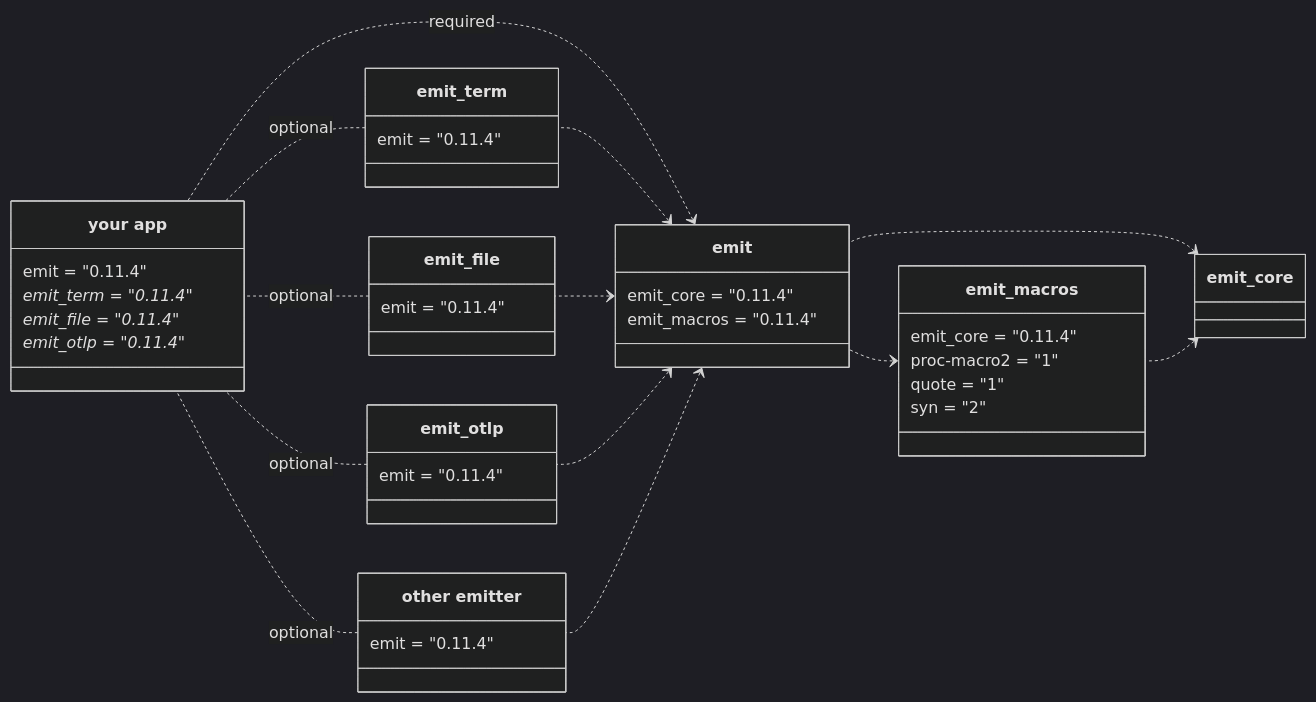
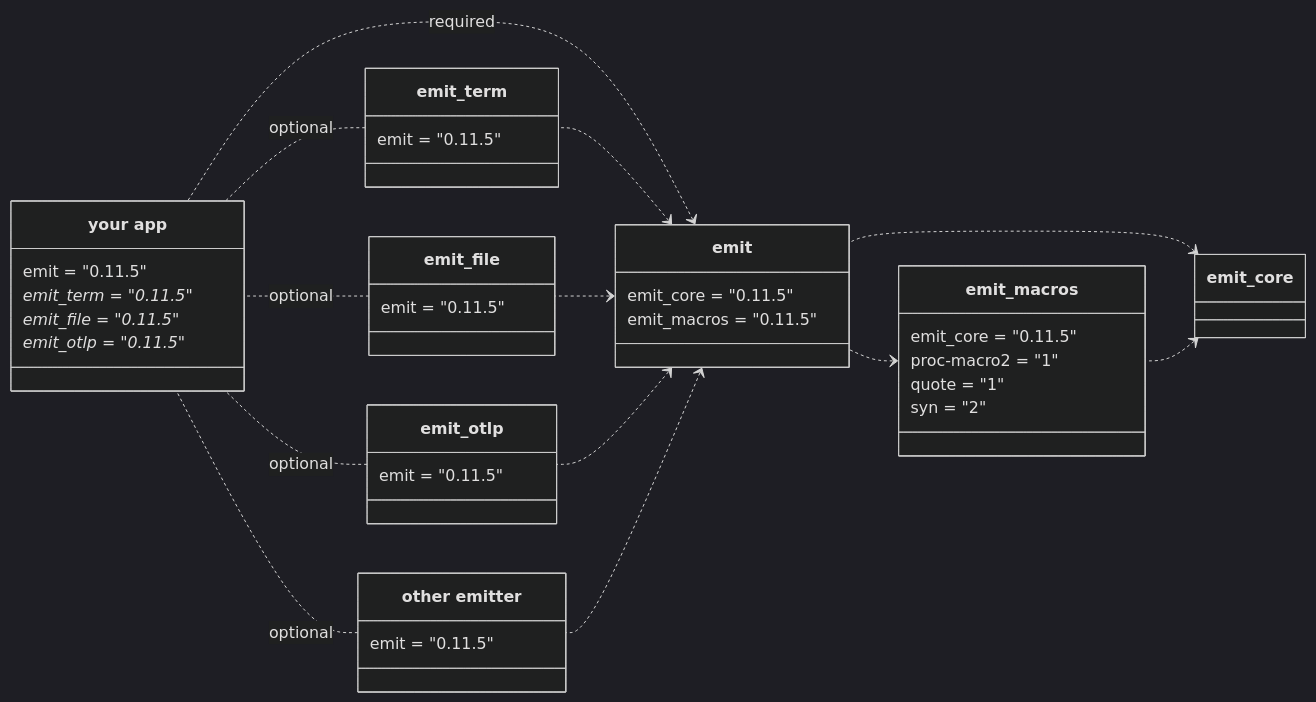
The first of 5 diagrams in book/src/reference/architecture.md (emit-rs/emit), drawn with Mermaid (dark theme) before and after one commit. The commit also changed other lines of this file and 58 other files, not shown here.

````diff
--- a/book/src/reference/architecture.md
+++ b/book/src/reference/architecture.md
@@ -9,62 +9,62 @@
 ```mermaid
 classDiagram
     direction RL
     
     emit_core <.. emit_macros
     emit_core <.. emit
     emit_macros <.. emit
 
     class emit_macros {
-        emit_core = "0.11.4"
+        emit_core = "0.11.5"
         proc-macro2 = "1"
         quote = "1"
         syn = "2"
     }
 
     emit <.. emit_term
     emit <.. emit_file
     emit <.. emit_otlp
     emit <.. emit_custom
 
     emit <.. app : required
 
     class emit {
-        emit_core = "0.11.4"
-        emit_macros = "0.11.4"
+        emit_core = "0.11.5"
+        emit_macros = "0.11.5"
     }
 
     emit_term .. app : optional
     emit_file .. app : optional
     emit_otlp .. app : optional
     emit_custom .. app : optional
 
     class emit_term {
-        emit = "0.11.4"
+        emit = "0.11.5"
     }
 
     class emit_file {
-        emit = "0.11.4"
+        emit = "0.11.5"
     }
 
     class emit_otlp {
-        emit = "0.11.4"
+        emit = "0.11.5"
     }
 
     class emit_custom["other emitter"] {
-        emit = "0.11.4"
+        emit = "0.11.5"
     }
 
     class app["your app"] {
-        emit = "0.11.4"
-        emit_term = "0.11.4"*
-        emit_file = "0.11.4"*
-        emit_otlp = "0.11.4"*
+        emit = "0.11.5"
+        emit_term = "0.11.5"*
+        emit_file = "0.11.5"*
+        emit_otlp = "0.11.5"*
     }
 
-    click emit_core href "https://docs.rs/emit_core/0.11.4/emit_core/index.html"
-    click emit_macros href "https://docs.rs/emit_macros/0.11.4/emit_macros/index.html"
-    click emit href "https://docs.rs/emit/0.11.4/emit/index.html"
-    click emit_term href "https://docs.rs/emit_term/0.11.4/emit_term/index.html"
-    click emit_file href "https://docs.rs/emit_file/0.11.4/emit_file/index.html"
-    click emit_otlp href "https://docs.rs/emit_otlp/0.11.4/emit_otlp/index.html"
+    click emit_core href "https://docs.rs/emit_core/0.11.5/emit_core/index.html"
+    click emit_macros href "https://docs.rs/emit_macros/0.11.5/emit_macros/index.html"
+    click emit href "https://docs.rs/emit/0.11.5/emit/index.html"
+    click emit_term href "https://docs.rs/emit_term/0.11.5/emit_term/index.html"
+    click emit_file href "https://docs.rs/emit_file/0.11.5/emit_file/index.html"
+    click emit_otlp href "https://docs.rs/emit_otlp/0.11.5/emit_otlp/index.html"
 ```
````
